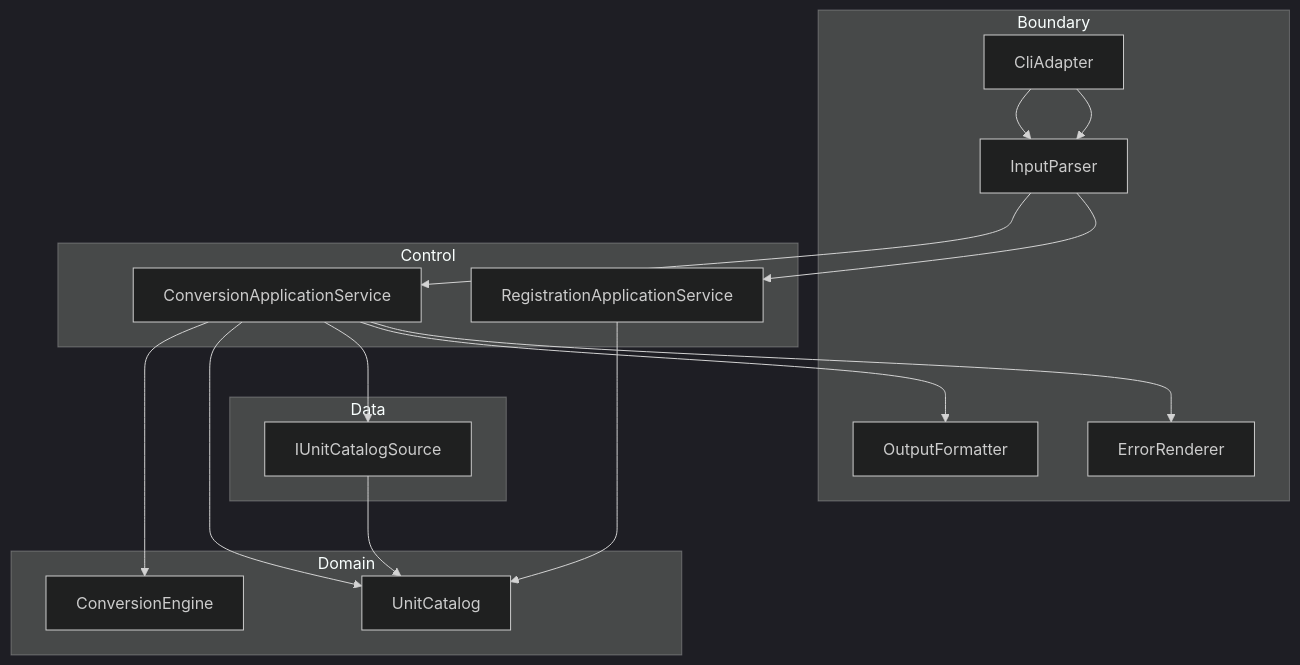
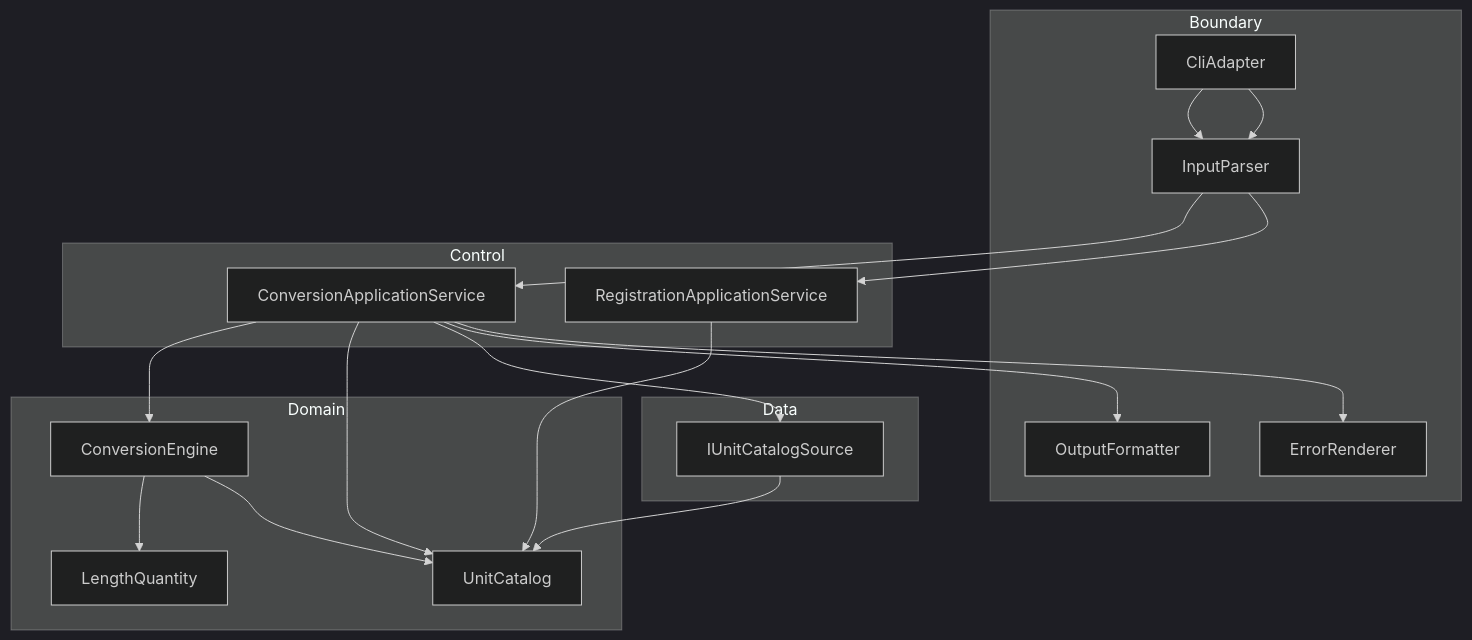
One commit to jvvoung/UnitConverter_12 changed the diagram in README.md. Above: the diagram before and after it, drawn with Mermaid (dark theme). The commit also changed other lines of this file and 2 other files, not shown here.

````diff
--- a/README.md
+++ b/README.md
@@ -157,30 +302,33 @@
 ```mermaid
 flowchart TB
   subgraph Boundary
     CLI[CliAdapter]
     Parser[InputParser]
     Formatter[OutputFormatter]
     Err[ErrorRenderer]
   end
   subgraph Control
     App[ConversionApplicationService]
     Reg[RegistrationApplicationService]
   end
   subgraph Domain
     Cat[UnitCatalog]
     Eng[ConversionEngine]
+    LQ[LengthQuantity]
   end
   subgraph Data
     Src[IUnitCatalogSource]
   end
 
   CLI --> Parser --> App
   CLI --> Parser --> Reg
   App --> Eng
   App --> Cat
   Reg --> Cat
   App --> Src
   Src --> Cat
   App --> Formatter
   App --> Err
+  Eng --> LQ
+  Eng --> Cat
 ```
````
